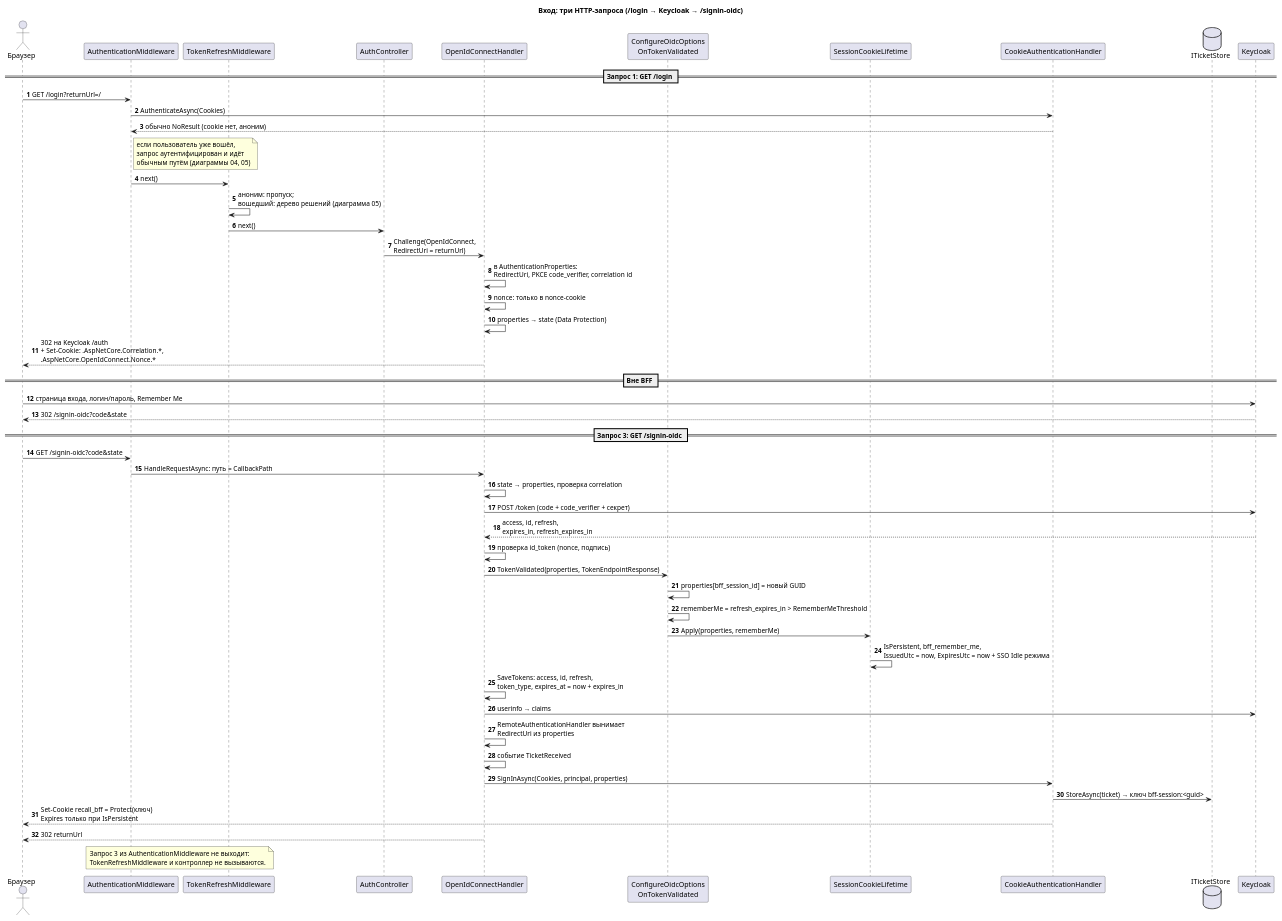
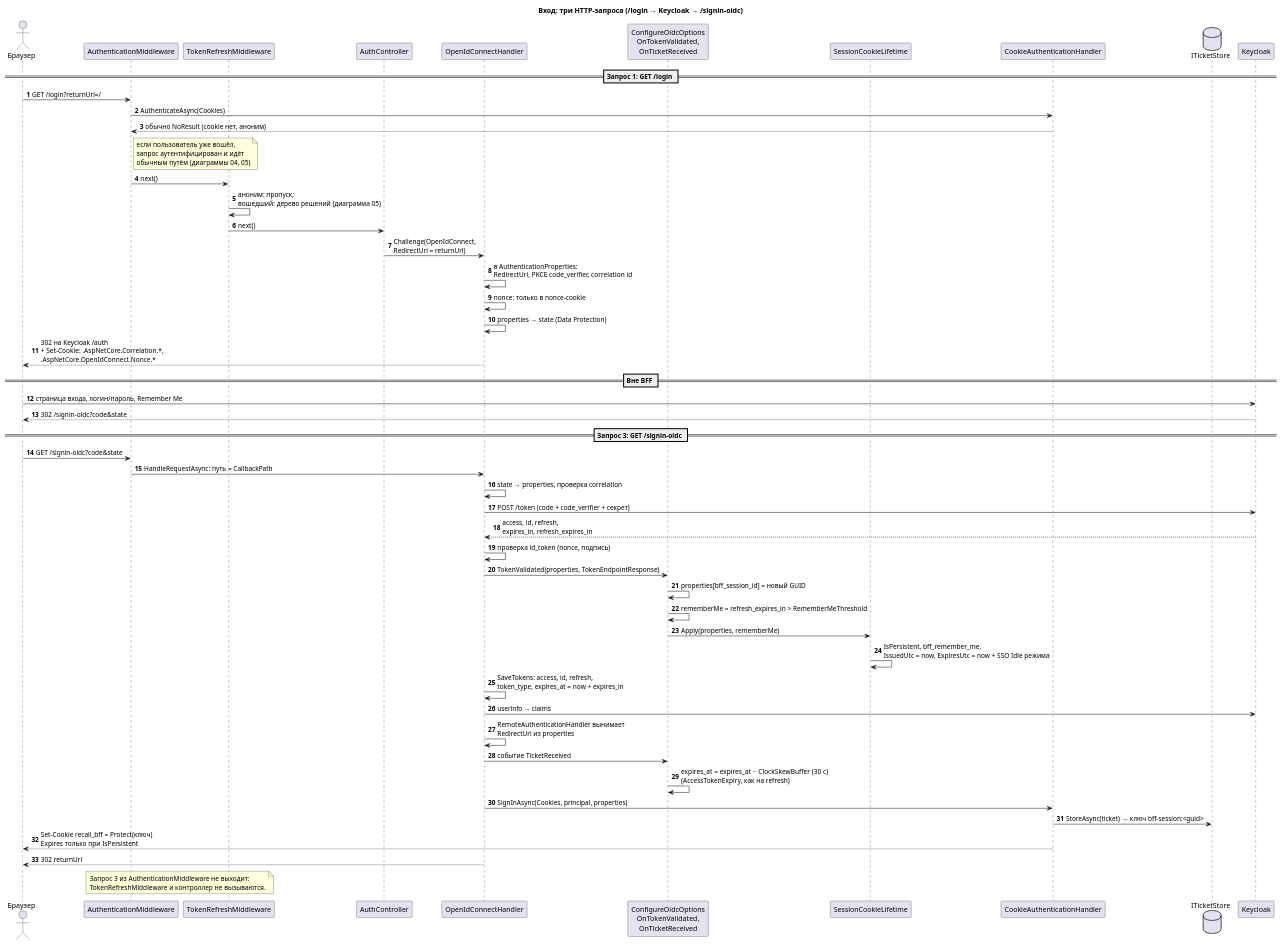
Before and after one commit to itacademy-edms-team/24_3_DNDE: the diagram in RecallApp/docs/diagrams/bff-session - 02 вход.puml, drawn with PlantUML. The commit also changed 4 other files, not shown here.

Commit message:
docs(bff): record unified expires_at rule and token_type fix

```diff
--- a/RecallApp/docs/diagrams/bff-session - 02 вход.puml
+++ b/RecallApp/docs/diagrams/bff-session - 02 вход.puml
@@ -1,58 +1,59 @@
 @startuml bff-session-02-вход
 title Вход: три HTTP-запроса (/login → Keycloak → /signin-oidc)
 
 skinparam shadowing false
 autonumber
 
 actor "Браузер" as B
 participant "AuthenticationMiddleware" as AM
 participant "TokenRefreshMiddleware" as TR
 participant "AuthController" as C
 participant "OpenIdConnectHandler" as O
-participant "ConfigureOidcOptions\nOnTokenValidated" as E
+participant "ConfigureOidcOptions\nOnTokenValidated,\nOnTicketReceived" as E
 participant "SessionCookieLifetime" as L
 participant "CookieAuthenticationHandler" as CH
 database "ITicketStore" as S
 participant "Keycloak" as K
 
 == Запрос 1: GET /login ==
 B -> AM : GET /login?returnUrl=/
 AM -> CH : AuthenticateAsync(Cookies)
 CH --> AM : обычно NoResult (cookie нет, аноним)
 note right of AM : если пользователь уже вошёл,\nзапрос аутентифицирован и идёт\nобычным путём (диаграммы 04, 05)
 AM -> TR : next()
 TR -> TR : аноним: пропуск;\nвошедший: дерево решений (диаграмма 05)
 TR -> C : next()
 C -> O : Challenge(OpenIdConnect,\nRedirectUri = returnUrl)
 O -> O : в AuthenticationProperties:\nRedirectUri, PKCE code_verifier, correlation id
 O -> O : nonce: только в nonce-cookie
 O -> O : properties → state (Data Protection)
 O --> B : 302 на Keycloak /auth\n+ Set-Cookie: .AspNetCore.Correlation.*,\n.AspNetCore.OpenIdConnect.Nonce.*
 
 == Вне BFF ==
 B -> K : страница входа, логин/пароль, Remember Me
 K --> B : 302 /signin-oidc?code&state
 
 == Запрос 3: GET /signin-oidc ==
 B -> AM : GET /signin-oidc?code&state
 AM -> O : HandleRequestAsync: путь = CallbackPath
 O -> O : state → properties, проверка correlation
 O -> K : POST /token (code + code_verifier + секрет)
 K --> O : access, id, refresh,\nexpires_in, refresh_expires_in
 O -> O : проверка id_token (nonce, подпись)
 O -> E : TokenValidated(properties, TokenEndpointResponse)
 E -> E : properties[bff_session_id] = новый GUID
 E -> E : rememberMe = refresh_expires_in > RememberMeThreshold
 E -> L : Apply(properties, rememberMe)
 L -> L : IsPersistent, bff_remember_me,\nIssuedUtc = now, ExpiresUtc = now + SSO Idle режима
 O -> O : SaveTokens: access, id, refresh,\ntoken_type, expires_at = now + expires_in
 O -> K : userinfo → claims
 O -> O : RemoteAuthenticationHandler вынимает\nRedirectUri из properties
-O -> O : событие TicketReceived
+O -> E : событие TicketReceived
+E -> E : expires_at = expires_at − ClockSkewBuffer (30 с)\n(AccessTokenExpiry, как на refresh)
 O -> CH : SignInAsync(Cookies, principal, properties)
 CH -> S : StoreAsync(ticket) → ключ bff-session:<guid>
 CH --> B : Set-Cookie recall_bff = Protect(ключ)\nExpires только при IsPersistent
 O --> B : 302 returnUrl
 note over AM, TR : Запрос 3 из AuthenticationMiddleware не выходит:\nTokenRefreshMiddleware и контроллер не вызываются.
 
 @enduml
```
